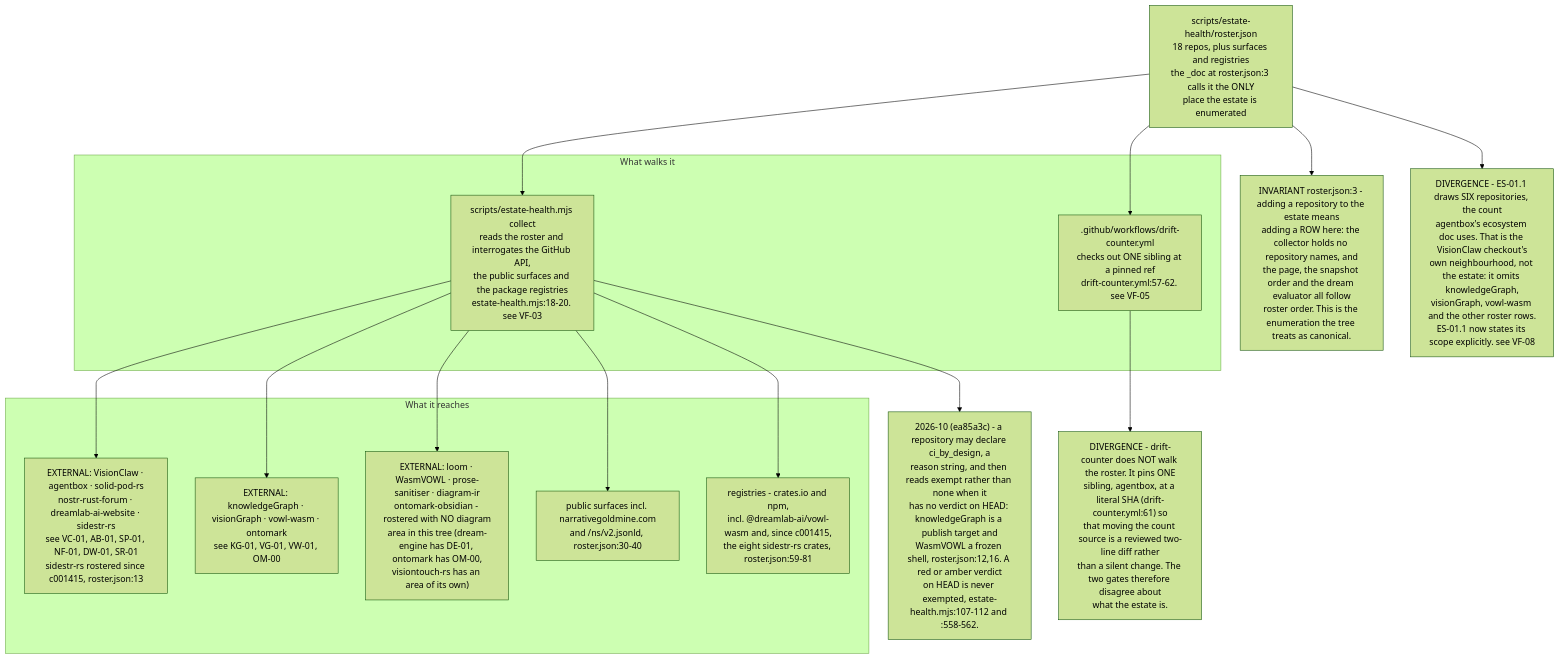
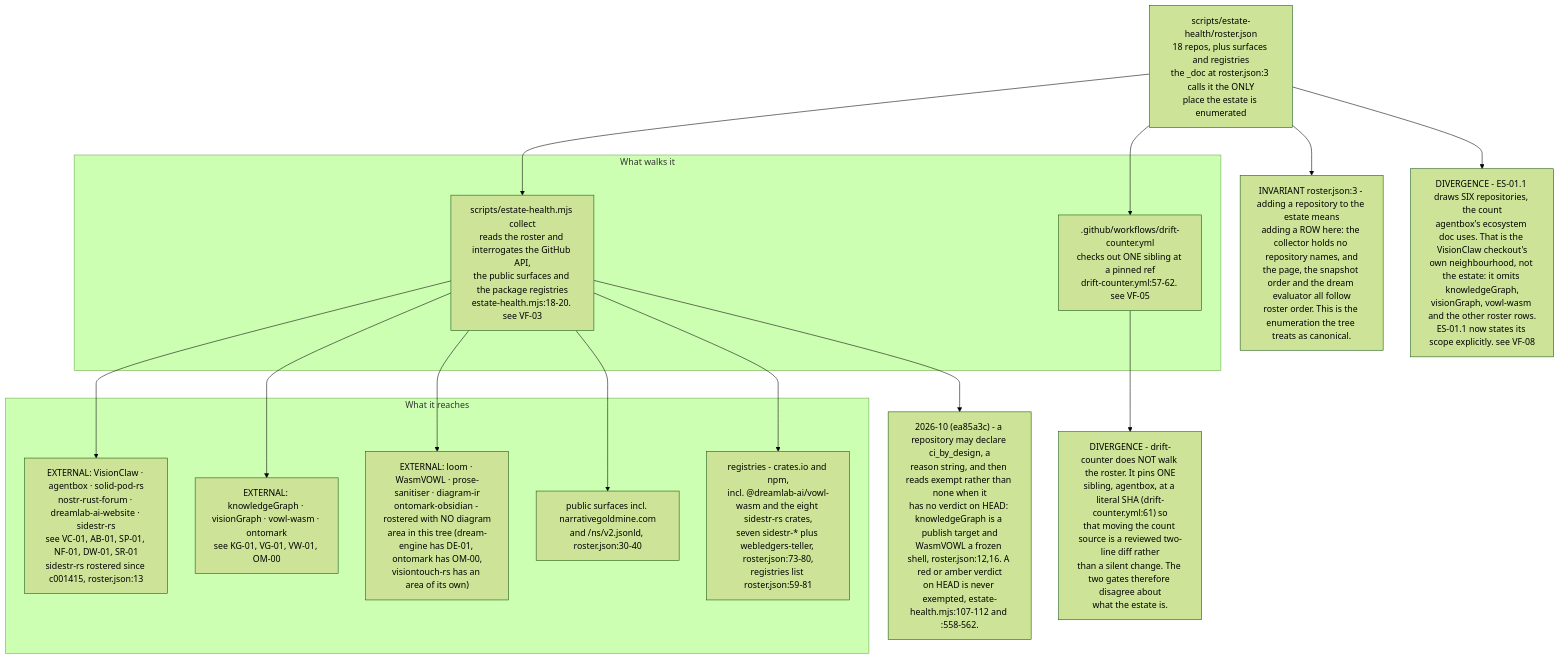
The fifth of 5 diagrams in docs/diagrams/estate/11-publishing-axis.md (DreamLab-AI/VisionFlow), drawn with Mermaid (forest theme) before and after one commit. The commit also changed other lines of this file and 91 other files, not shown here.

````diff
--- a/docs/diagrams/estate/11-publishing-axis.md
+++ b/docs/diagrams/estate/11-publishing-axis.md
@@ -140,35 +146,35 @@
 ```mermaid
 flowchart TB
     ROSTER["scripts/estate-health/roster.json<br/>18 repos, plus surfaces and registries<br/>the _doc at roster.json:3 calls it the ONLY<br/>place the estate is enumerated"]
 
     subgraph READERS["What walks it"]
         EH["scripts/estate-health.mjs collect<br/>reads the roster and interrogates the GitHub API,<br/>the public surfaces and the package registries<br/>estate-health.mjs:18-20. see VF-03"]
         DC[".github/workflows/drift-counter.yml<br/>checks out ONE sibling at a pinned ref<br/>drift-counter.yml:57-62. see VF-05"]
     end
 
     subgraph TARGETS["What it reaches"]
         R1["EXTERNAL: VisionClaw · agentbox · solid-pod-rs<br/>nostr-rust-forum · dreamlab-ai-website · sidestr-rs<br/>see VC-01, AB-01, SP-01, NF-01, DW-01, SR-01<br/>sidestr-rs rostered since c001415, roster.json:13"]
         R2["EXTERNAL: knowledgeGraph · visionGraph · vowl-wasm · ontomark<br/>see KG-01, VG-01, VW-01, OM-00"]
         R3["EXTERNAL: loom · WasmVOWL · prose-sanitiser · diagram-ir<br/>ontomark-obsidian - rostered with NO diagram<br/>area in this tree (dream-engine has DE-01, ontomark has OM-00,<br/>visiontouch-rs has an area of its own)"]
         SURF["public surfaces incl. narrativegoldmine.com<br/>and /ns/v2.jsonld, roster.json:30-40"]
-        REG["registries - crates.io and npm,<br/>incl. @dreamlab-ai/vowl-wasm and, since c001415,<br/>the eight sidestr-rs crates, roster.json:59-81"]
+        REG["registries - crates.io and npm,<br/>incl. @dreamlab-ai/vowl-wasm and the eight sidestr-rs crates,<br/>seven sidestr-* plus webledgers-teller, roster.json:73-80,<br/>registries list roster.json:59-81"]
     end
 
     ROSTER --> EH
     ROSTER --> DC
     EH --> R1
     EH --> R2
     EH --> R3
     EH --> SURF
     EH --> REG
 
     INV["INVARIANT roster.json:3 - adding a repository to the estate means<br/>adding a ROW here: the collector holds no repository names, and<br/>the page, the snapshot order and the dream evaluator all follow<br/>roster order. This is the enumeration the tree treats as canonical."]
     D1["DIVERGENCE - drift-counter does NOT walk the roster. It pins ONE<br/>sibling, agentbox, at a literal SHA (drift-counter.yml:61) so<br/>that moving the count source is a reviewed two-line diff rather<br/>than a silent change. The two gates therefore disagree about<br/>what the estate is."]
     D2["DIVERGENCE - ES-01.1 draws SIX repositories, the count<br/>agentbox's ecosystem doc uses. That is the VisionClaw checkout's<br/>own neighbourhood, not the estate: it omits knowledgeGraph,<br/>visionGraph, vowl-wasm and the other roster rows.<br/>ES-01.1 now states its scope explicitly. see VF-08"]
 
     EXEMPT["2026-10 (ea85a3c) - a repository may declare ci_by_design, a<br/>reason string, and then reads exempt rather than none when it<br/>has no verdict on HEAD: knowledgeGraph is a publish target and<br/>WasmVOWL a frozen shell, roster.json:12,16. A red or amber verdict<br/>on HEAD is never exempted, estate-health.mjs:107-112 and :558-562."]
     EH --> EXEMPT
     ROSTER --> INV
     DC --> D1
     ROSTER --> D2
 ```
````
